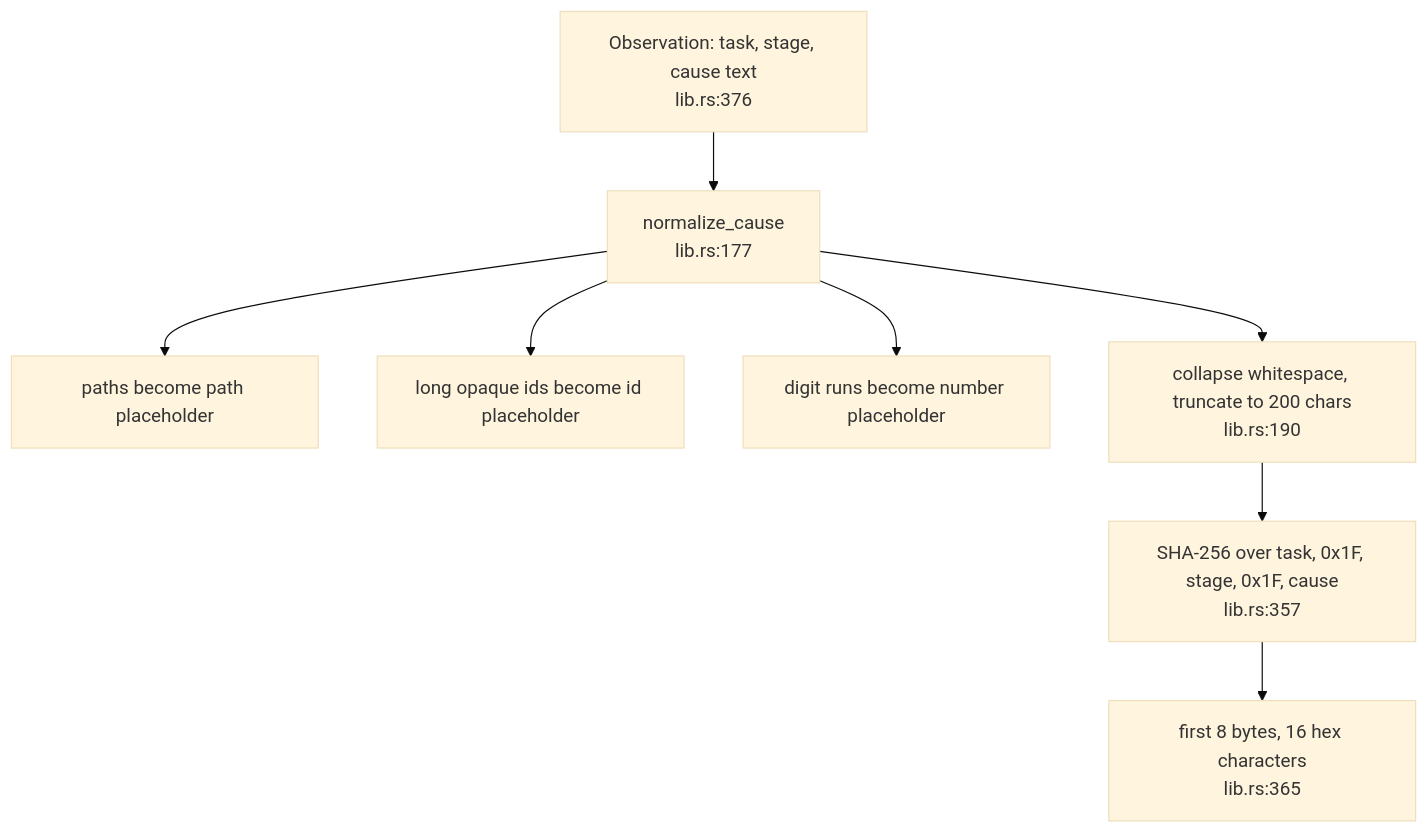
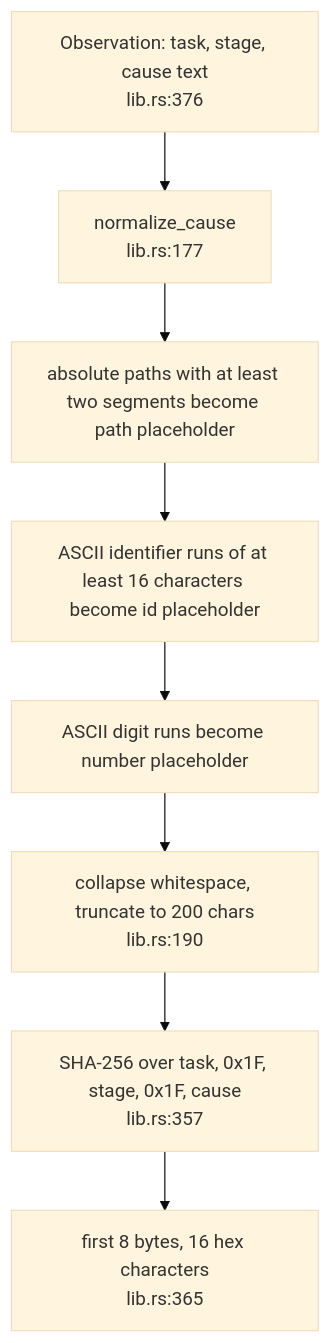
The first of 4 diagrams in docs/diagrams/selection/02-failure-fingerprint-lifecycle.md (DreamLab-AI/dream-engine), drawn with Mermaid (base theme) before and after one commit. The commit also changed other lines of this file and 11 other files, not shown here.

Commit message:
docs: reconcile all dream-engine diagrams with current source contracts

````diff
--- a/docs/diagrams/selection/02-failure-fingerprint-lifecycle.md
+++ b/docs/diagrams/selection/02-failure-fingerprint-lifecycle.md
@@ -34,10 +33,10 @@
 ```mermaid
 flowchart TB
     OBS["Observation: task, stage, cause text<br/>lib.rs:376"] --> NC["normalize_cause<br/>lib.rs:177"]
-    NC --> P["paths become path placeholder"]
-    NC --> I["long opaque ids become id placeholder"]
-    NC --> D["digit runs become number placeholder"]
-    NC --> WS["collapse whitespace, truncate to 200 chars<br/>lib.rs:190"]
+    NC --> P["absolute paths with at least two segments become path placeholder"]
+    P --> I["ASCII identifier runs of at least 16 characters become id placeholder"]
+    I --> D["ASCII digit runs become number placeholder"]
+    D --> WS["collapse whitespace, truncate to 200 chars<br/>lib.rs:190"]
     WS --> H["SHA-256 over task, 0x1F, stage, 0x1F, cause<br/>lib.rs:357"]
     H --> FP["first 8 bytes, 16 hex characters<br/>lib.rs:365"]
 ```
````
